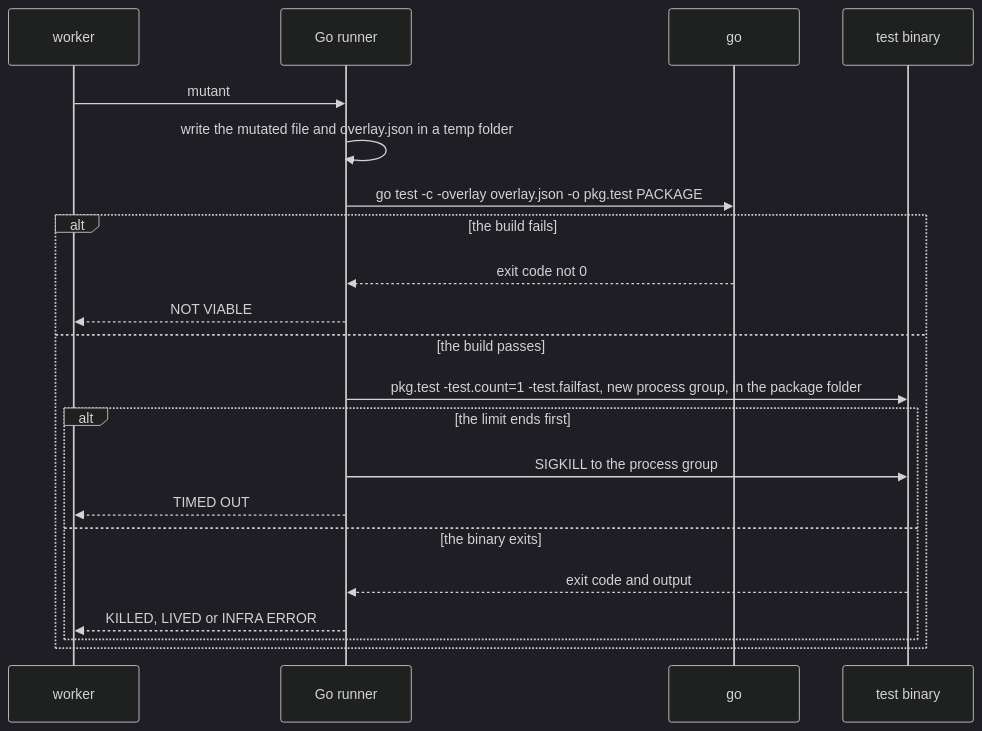
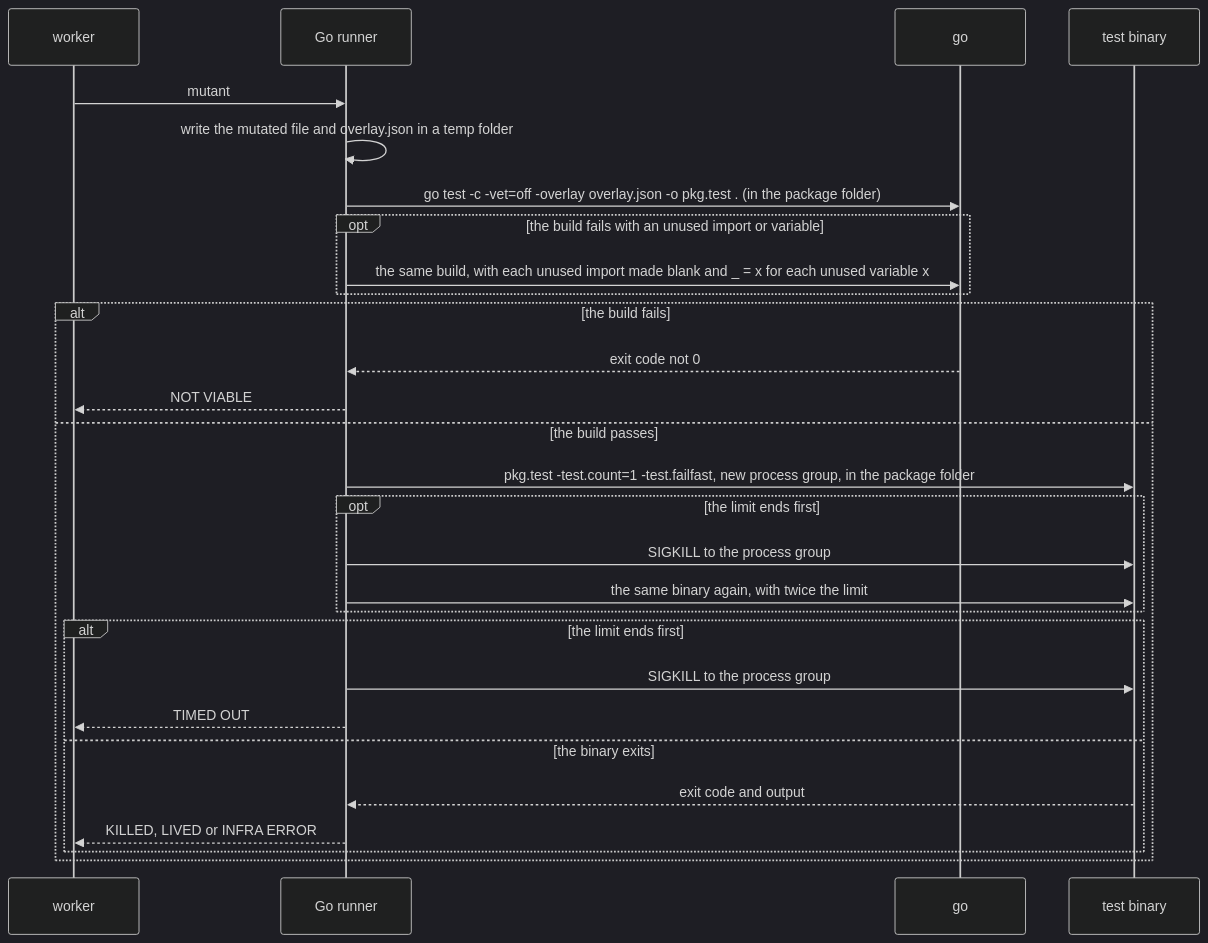
Before and after one commit to hpcsc/mutants: the third of 5 diagrams in docs/design.md, drawn with Mermaid (dark theme). The commit also changed other lines of this file, not shown here.

````diff
--- a/docs/design.md
+++ b/docs/design.md
@@ -263,23 +292,30 @@
 ```mermaid
 sequenceDiagram
     participant W as worker
     participant R as Go runner
     participant G as go
     participant B as test binary
     W->>R: mutant
     R->>R: write the mutated file and overlay.json in a temp folder
-    R->>G: go test -c -overlay overlay.json -o pkg.test PACKAGE
+    R->>G: go test -c -vet=off -overlay overlay.json -o pkg.test . (in the package folder)
+    opt the build fails with an unused import or variable
+        R->>G: the same build, with each unused import made blank and _ = x for each unused variable x
+    end
     alt the build fails
         G-->>R: exit code not 0
         R-->>W: NOT VIABLE
     else the build passes
         R->>B: pkg.test -test.count=1 -test.failfast, new process group, in the package folder
+        opt the limit ends first
+            R->>B: SIGKILL to the process group
+            R->>B: the same binary again, with twice the limit
+        end
         alt the limit ends first
             R->>B: SIGKILL to the process group
             R-->>W: TIMED OUT
         else the binary exits
             B-->>R: exit code and output
             R-->>W: KILLED, LIVED or INFRA ERROR
         end
     end
 ```
````
